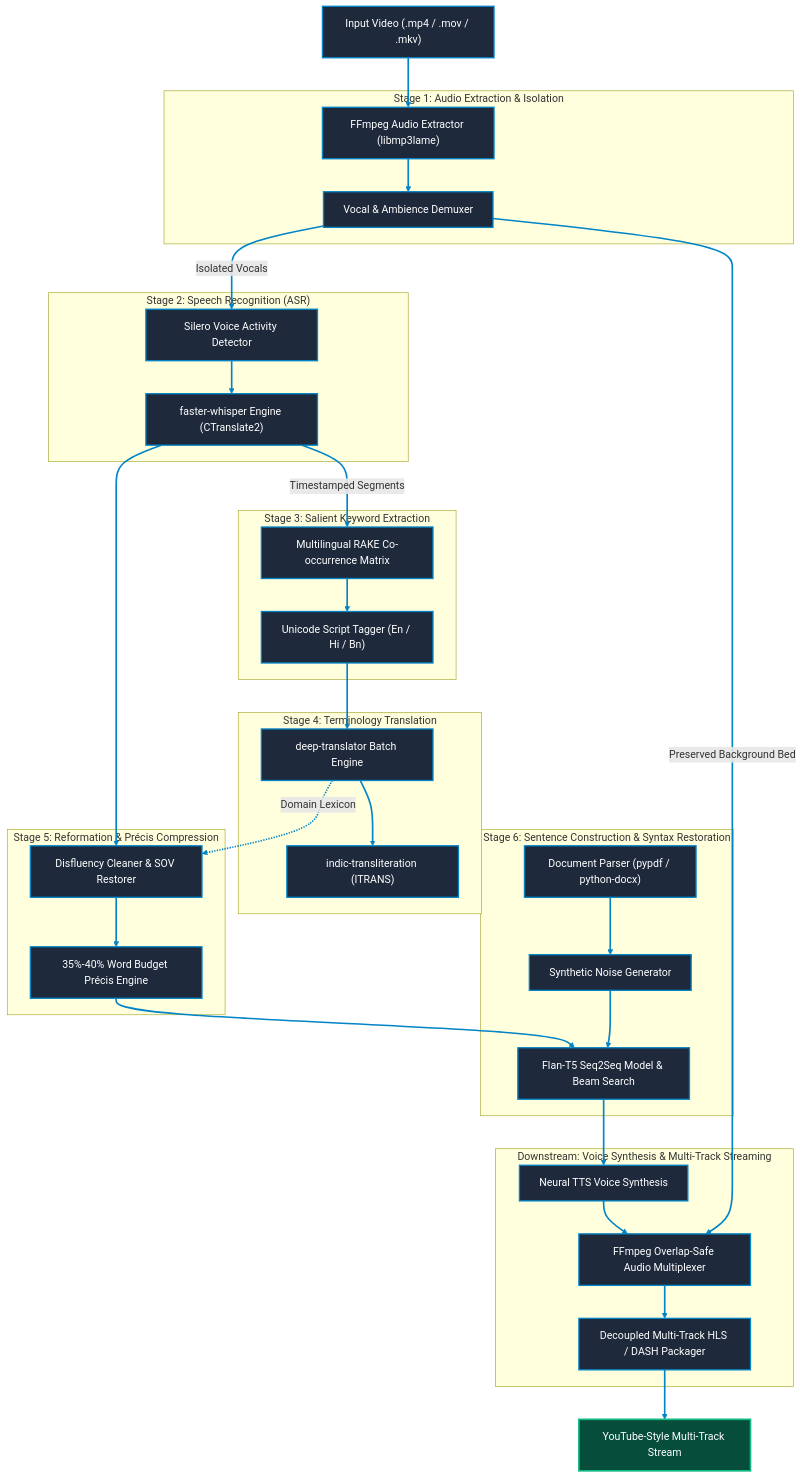
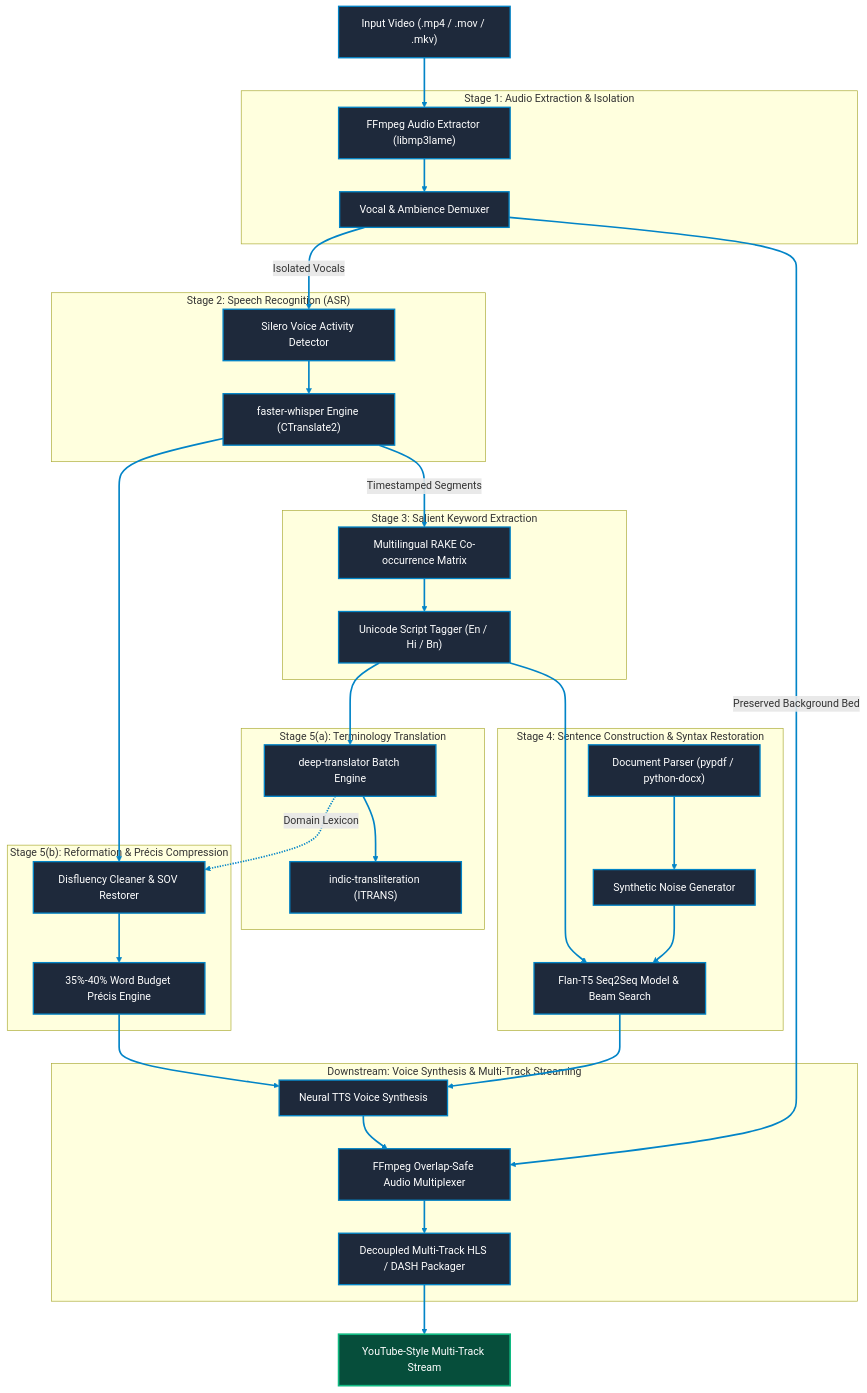
One commit to Babin123456/Nativox changed the diagram in ARCHITECTURE.md. Above: the diagram before and after it, drawn with Mermaid. The commit also changed other lines of this file and 1459 other files, not shown here.

````diff
--- a/ARCHITECTURE.md
+++ b/ARCHITECTURE.md
@@ -14,69 +14,70 @@
 ```mermaid
 graph TD
     VID["Input Video (.mp4 / .mov / .mkv)"]
     
     subgraph S1["Stage 1: Audio Extraction & Isolation"]
         EXTRACT["FFmpeg Audio Extractor (libmp3lame)"]
         DEMUCS["Vocal & Ambience Demuxer"]
     end
     
     subgraph S2["Stage 2: Speech Recognition (ASR)"]
         WHISPER["faster-whisper Engine (CTranslate2)"]
         VAD["Silero Voice Activity Detector"]
     end
     
     subgraph S3["Stage 3: Salient Keyword Extraction"]
         RAKE["Multilingual RAKE Co-occurrence Matrix"]
         SCRIPT_TAG["Unicode Script Tagger (En / Hi / Bn)"]
     end
     
-    subgraph S4["Stage 4: Terminology Translation"]
+    subgraph S4["Stage 4: Sentence Construction & Syntax Restoration"]
+        DOC_INGEST["Document Parser (pypdf / python-docx)"]
+        CORRUPT["Synthetic Noise Generator"]
+        T5_TRAIN["Flan-T5 Seq2Seq Model & Beam Search"]
+    end
+
+    subgraph S5a["Stage 5(a): Terminology Translation"]
         TRANS_KW["deep-translator Batch Engine"]
         PHONETIC["indic-transliteration (ITRANS)"]
     end
     
-    subgraph S5["Stage 5: Reformation & Précis Compression"]
+    subgraph S5b["Stage 5(b): Reformation & Précis Compression"]
         REFORM["Disfluency Cleaner & SOV Restorer"]
         COMPRESS["35%-40% Word Budget Précis Engine"]
     end
 
-    subgraph S6["Stage 6: Sentence Construction & Syntax Restoration"]
-        DOC_INGEST["Document Parser (pypdf / python-docx)"]
-        CORRUPT["Synthetic Noise Generator"]
-        T5_TRAIN["Flan-T5 Seq2Seq Model & Beam Search"]
-    end
-    
-    subgraph S7["Downstream: Voice Synthesis & Multi-Track Streaming"]
+    subgraph S6["Downstream: Voice Synthesis & Multi-Track Streaming"]
         TTS["Neural TTS Voice Synthesis"]
         STITCH["FFmpeg Overlap-Safe Audio Multiplexer"]
         HLS["Decoupled Multi-Track HLS / DASH Packager"]
     end
 
     VID --> EXTRACT
     EXTRACT --> DEMUCS
     DEMUCS -->|Isolated Vocals| VAD
     VAD --> WHISPER
     WHISPER -->|Timestamped Segments| RAKE
     RAKE --> SCRIPT_TAG
     SCRIPT_TAG --> TRANS_KW
     TRANS_KW --> PHONETIC
+    SCRIPT_TAG --> T5_TRAIN
+    DOC_INGEST --> CORRUPT
+    CORRUPT --> T5_TRAIN
     WHISPER --> REFORM
     TRANS_KW -.->|Domain Lexicon| REFORM
     REFORM --> COMPRESS
-    COMPRESS --> T5_TRAIN
-    DOC_INGEST --> CORRUPT
-    CORRUPT --> T5_TRAIN
+    COMPRESS --> TTS
     T5_TRAIN --> TTS
     TTS --> STITCH
     DEMUCS -->|Preserved Background Bed| STITCH
     STITCH --> HLS
     HLS --> DUBBED["YouTube-Style Multi-Track Stream"]
 
     linkStyle default stroke:#0284C7,stroke-width:2.5px;
 
     classDef stageNode fill:#1E293B,stroke:#0284C7,stroke-width:2px,color:#FFFFFF;
     classDef finalNode fill:#064E3B,stroke:#10B981,stroke-width:2.5px,color:#FFFFFF;
 
     class VID,EXTRACT,DEMUCS,WHISPER,VAD,RAKE,SCRIPT_TAG,TRANS_KW,PHONETIC,REFORM,COMPRESS,DOC_INGEST,CORRUPT,T5_TRAIN,TTS,STITCH,HLS stageNode;
     class DUBBED finalNode;
 ```
````
